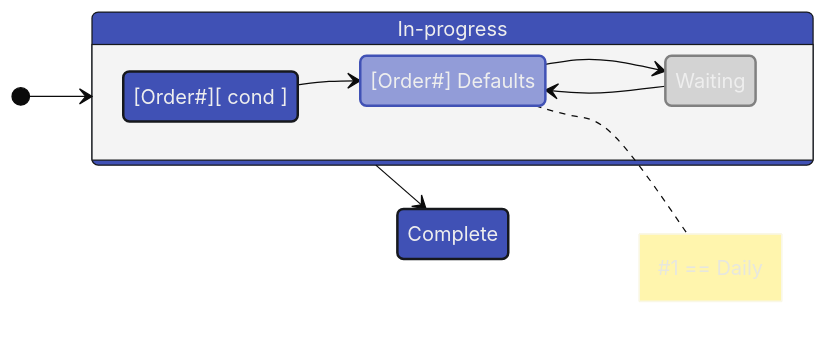
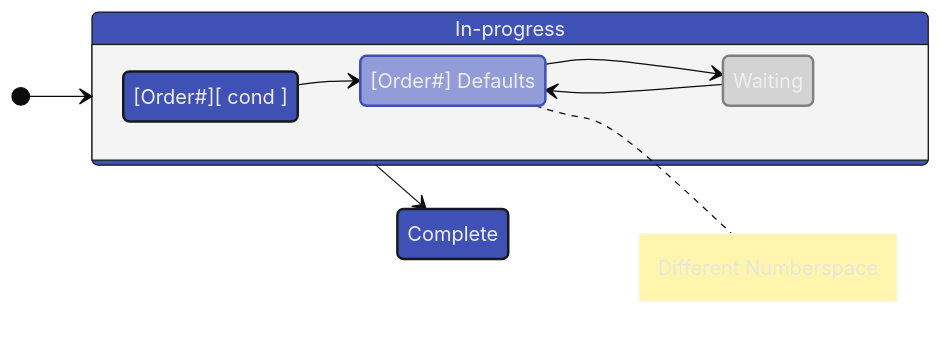
The second of 2 diagrams in docs/index.md (Serralq/Project-Norn), drawn with Mermaid before and after one commit. The commit also changed other lines of this file, not shown here.

````diff
--- a/docs/index.md
+++ b/docs/index.md
@@ -106,47 +110,47 @@
         ```mermaid
         %%{
           init: {
             'theme': 'base',
             'themeVariables': {
-                'darkMode': 'true',
-                'fontFamily': 'hermit',
-                'primaryColor': '#4051b5',
-                'primaryBorderColor': '#16181D',
-                'tertiaryColor': '#546d78',
-                'tertiaryTextColor': '#E2E4E9D1',
-                'textColor': '#E2E4E9D1',
-                'noteTextColor': '#E2E4E9D1'
+              'darkMode': 'true',
+              'fontFamily': 'hermit',
+              'primaryColor': '#4051b5',
+              'primaryBorderColor': '#16181D',
+              'tertiaryColor': '#546d78',
+              'tertiaryTextColor': '#E2E4E9D1',
+              'textColor': '#E2E4E9D1',
+              'noteTextColor': '#E2E4E9D1'
             }
           }
         }%%
         stateDiagram
           direction LR
           
           Main: In-progress
           Conditional: [Order#][ cond ] 
           Defaults: [Order#] Defaults
 
           classDef waiting fill:lightgrey,stroke:grey,stroke-width:2
           classDef any fill:#4051b5,stroke:#16181D, stroke-width:2
           classDef complete fill:#929CD8,stroke:#4051b5,stroke-width:2
         
           class Waiting waiting
           class Conditional any
           class Defaults complete
           class Complete any
 
           [*] --> Main
 
           state Main {
             direction LR
             
             Conditional --> Defaults
             Defaults --> Waiting
             Waiting --> Defaults
             
             note right of Defaults
-              #1 == Daily
+              Different Numberspace
             end note
           }
           Main --> Complete
         ```
````
